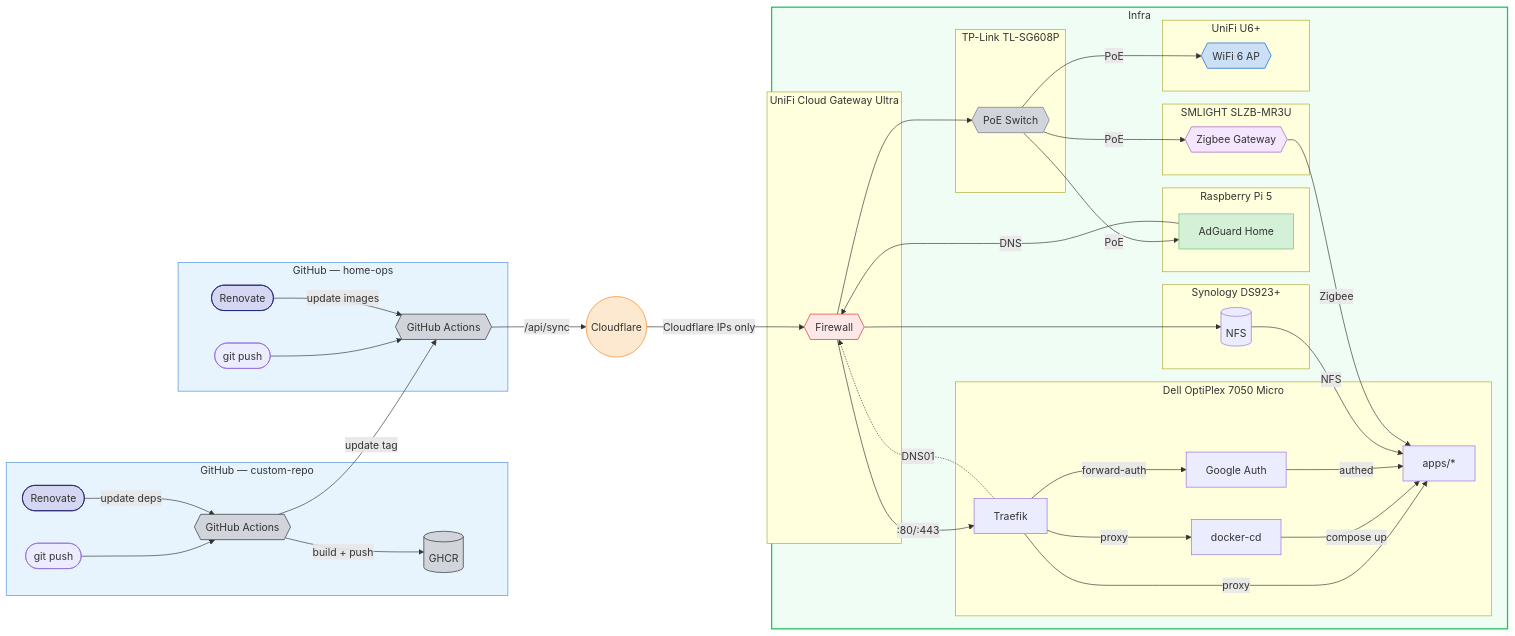
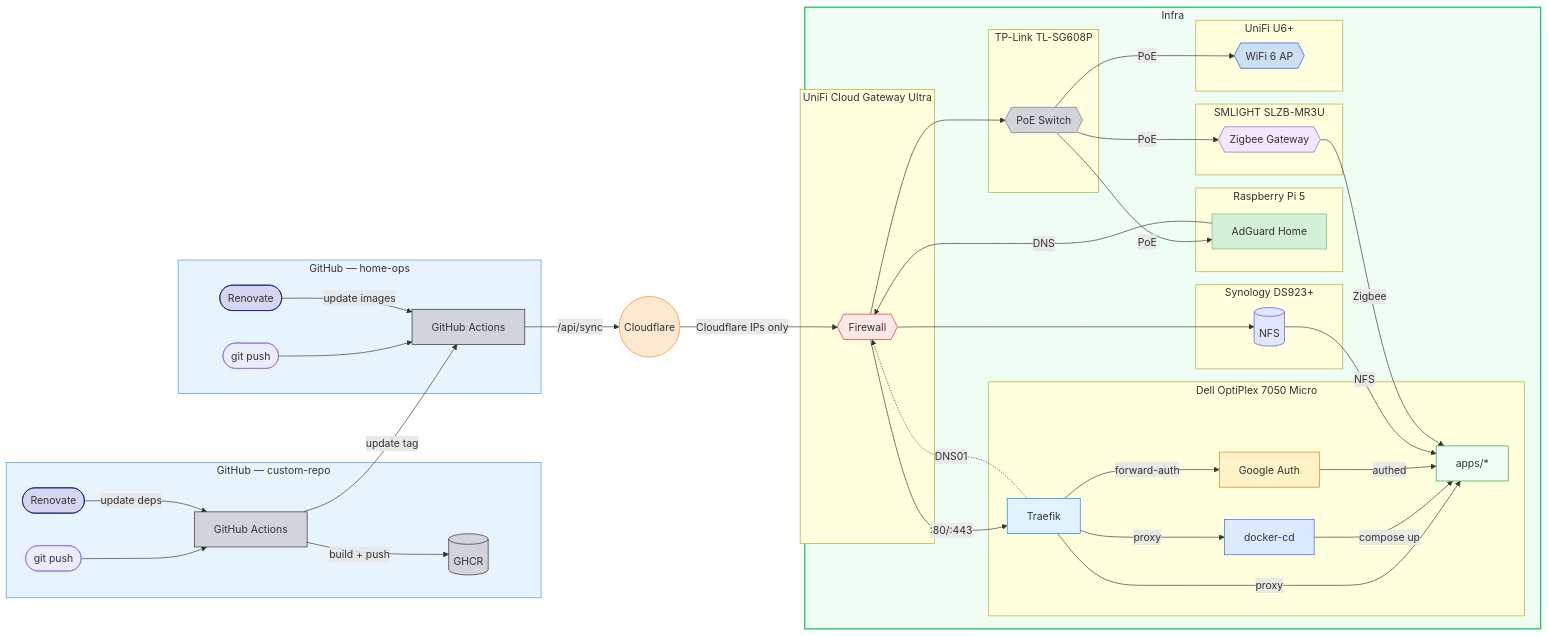
The diagram in README.md (wajeht/home-ops), drawn with Mermaid before and after one commit.

Commit message:
docs: visually improve architecture diagram and add styles

````diff
--- a/README.md
+++ b/README.md
@@ -18,14 +18,14 @@
     subgraph app_repo["GitHub — custom-repo"]
         app_push([git push])
         app_renovate([Renovate])
-        ci{{GitHub Actions}}
+        ci[GitHub Actions]
         ghcr[(GHCR)]
     end
 
     subgraph ops_repo["GitHub — home-ops"]
         ops_push([git push])
         ops_renovate([Renovate])
-        ops_ci{{GitHub Actions}}
+        ops_ci[GitHub Actions]
     end
 
     app_push --> ci -->|build + push| ghcr
@@ -92,4 +92,9 @@
     style zigbee fill:#f5e6ff,stroke:#9b59b6,color:#333
     style poe fill:#d1d5db,stroke:#6b7280,color:#333
     style ap fill:#cce0f5,stroke:#0559c9,color:#333
+    style traefik fill:#e0f2fe,stroke:#0284c7,color:#333
+    style docker_cd fill:#dbeafe,stroke:#2563eb,color:#333
+    style google_auth fill:#fef3c7,stroke:#d97706,color:#333
+    style apps fill:#f0fdf4,stroke:#16a34a,color:#333
+    style nfs fill:#e0e7ff,stroke:#4f46e5,color:#333
 ```
````
